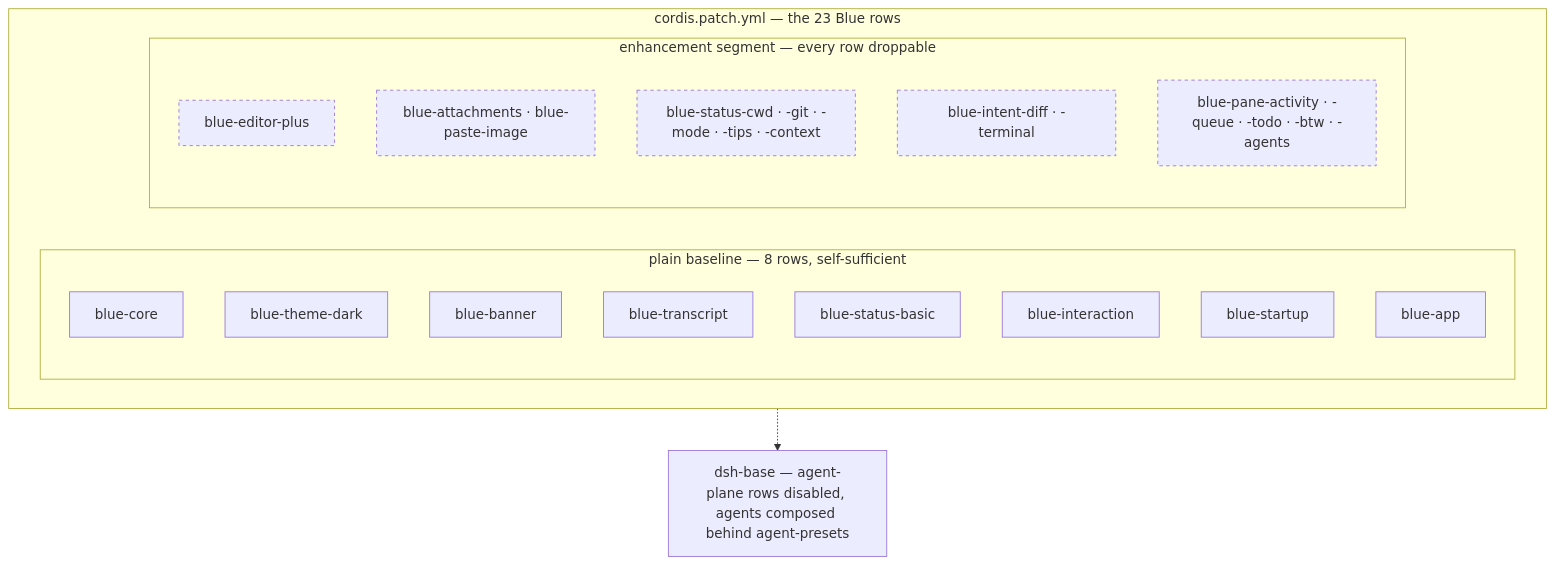
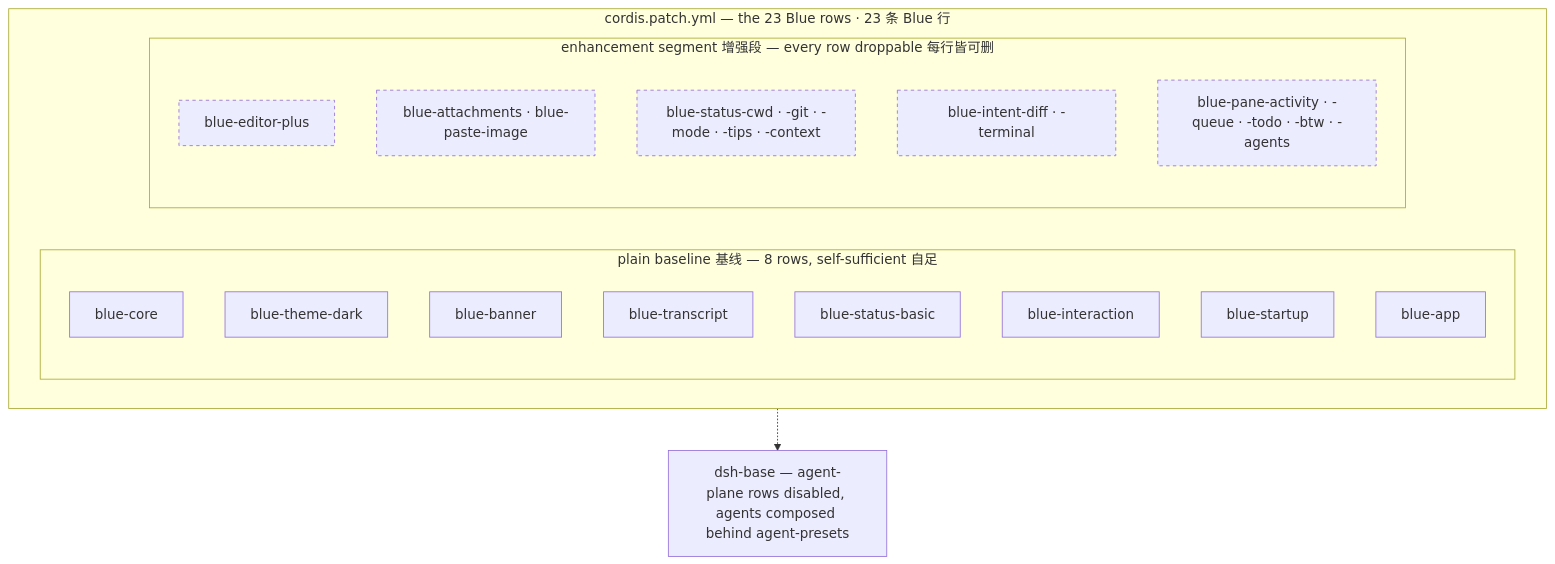
The second of 2 diagrams in README.md (dsh-blue/blue), drawn with Mermaid before and after one commit. The commit also changed other lines of this file and 8 other files, not shown here.

First line of the commit message:
docs: single-source the mermaid diagrams (.mmd + sync script + CI gate)

````diff
--- a/README.md
+++ b/README.md
@@ -202,27 +207,27 @@
 ```mermaid
 flowchart TB
-    subgraph bundle["cordis.patch.yml — the 23 Blue rows"]
-        subgraph baseline["plain baseline — 8 rows, self-sufficient"]
+    subgraph bundle["cordis.patch.yml — the 23 Blue rows · 23 条 Blue 行"]
+        subgraph baseline["plain baseline 基线 — 8 rows, self-sufficient 自足"]
             core["blue-core"]
             theme["blue-theme-dark"]
             banner["blue-banner"]
             transcript["blue-transcript"]
             sbasic["blue-status-basic"]
             interaction["blue-interaction"]
             startup["blue-startup"]
             bapp["blue-app"]
         end
-        subgraph enhancement["enhancement segment — every row droppable"]
+        subgraph enhancement["enhancement segment 增强段 — every row droppable 每行皆可删"]
             editorPlus["blue-editor-plus"]
             att["blue-attachments · blue-paste-image"]
             statusEnh["blue-status-cwd · -git · -mode · -tips · -context"]
             intents["blue-intent-diff · -terminal"]
             panes["blue-pane-activity · -queue · -todo · -btw · -agents"]
         end
     end
     dshbase["dsh-base — agent-plane rows disabled, agents composed behind agent-presets"]
     bundle -.-> dshbase
 
     classDef optional stroke-dasharray: 4 4;
     class editorPlus,att,statusEnh,intents,panes optional;
 ```
````
